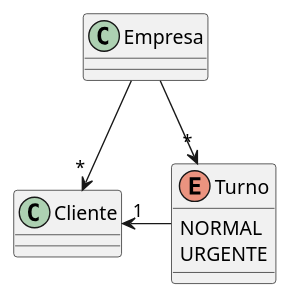
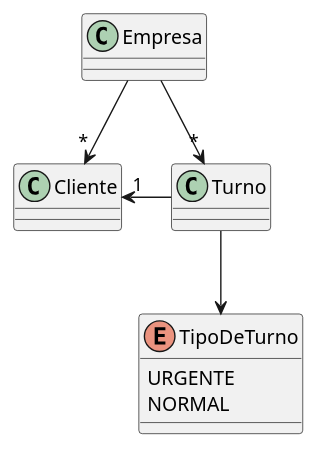
One commit to FernandoHuilca/EPN-FernandoHuilca changed the diagram in Segundo Semestre/Clases/Correccion_de_la_Prueba1/src/Diagrama.puml. Above: the diagram before and after it, drawn with PlantUML. The commit also changed 17 other files, not shown here.

```diff
--- a/Segundo Semestre/Clases/Correccion_de_la_Prueba1/src/Diagrama.puml
+++ b/Segundo Semestre/Clases/Correccion_de_la_Prueba1/src/Diagrama.puml
@@ -1,16 +1,19 @@
 @startuml
 'https://plantuml.com/class-diagram
 
 class Empresa {
 }
 
 Empresa --> "*" Cliente
 Empresa --> "*" Turno
 Cliente "1"<- Turno
-
-enum Turno {
+Turno --> TipoDeTurno
+enum TipoDeTurno {
+    URGENTE
     NORMAL
-    URGENTE
 }
 
+
+
+
 @enduml
```
